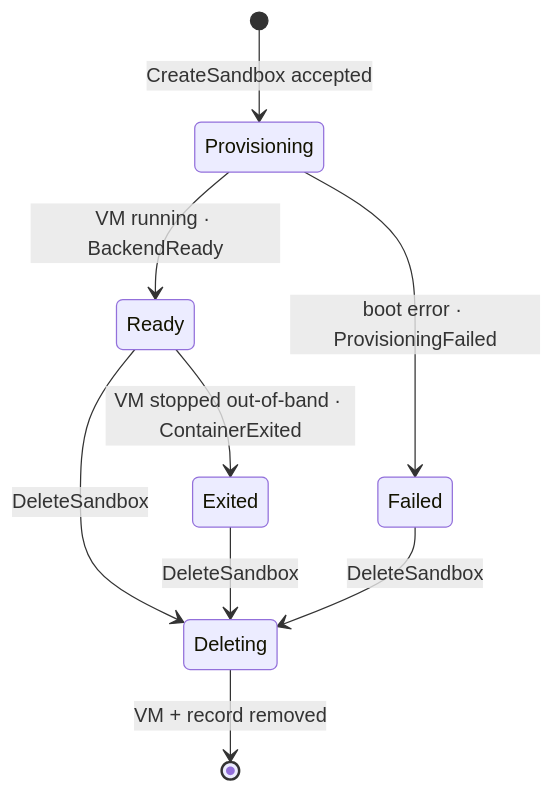
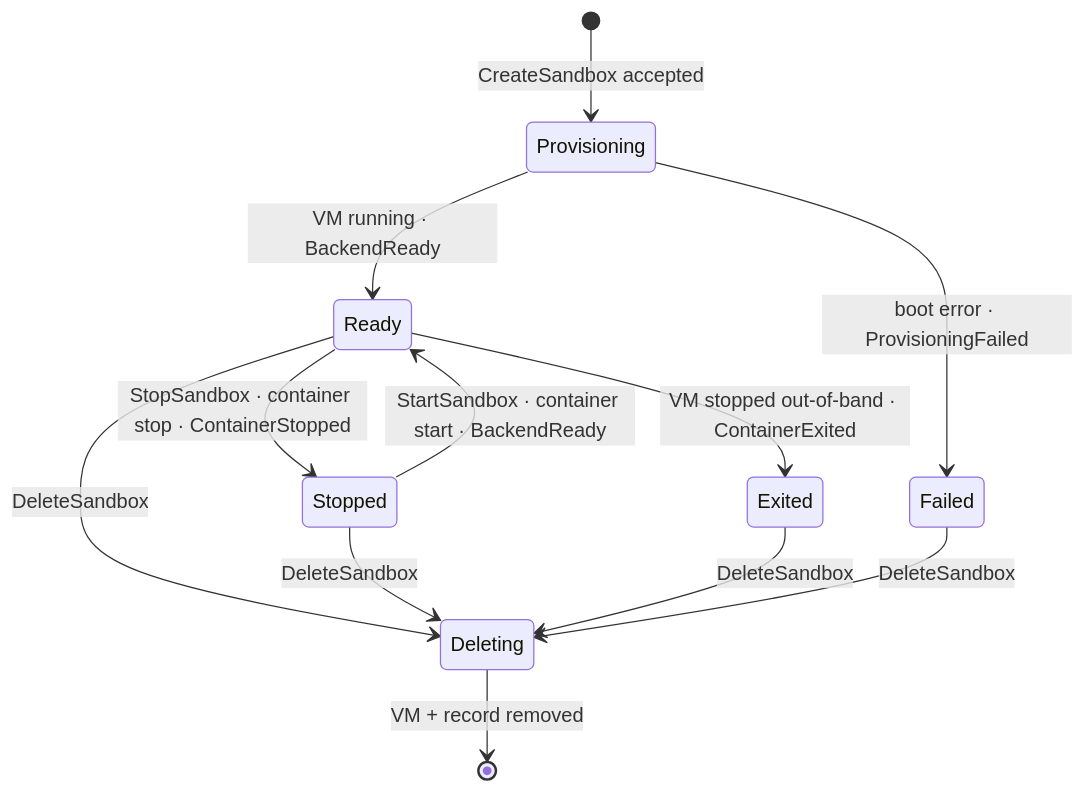
Before and after one commit to vyncint/openshell-driver-applecontainer: the third of 4 diagrams in docs/architecture.md, drawn with Mermaid. The commit also changed other lines of this file and 47 other files, not shown here.

````diff
--- a/docs/architecture.md
+++ b/docs/architecture.md
@@ -82,11 +82,14 @@
 ```mermaid
 stateDiagram-v2
   [*] --> Provisioning: CreateSandbox accepted
   Provisioning --> Ready: VM running · BackendReady
   Provisioning --> Failed: boot error · ProvisioningFailed
+  Ready --> Stopped: StopSandbox · container stop · ContainerStopped
+  Stopped --> Ready: StartSandbox · container start · BackendReady
   Ready --> Exited: VM stopped out-of-band · ContainerExited
   Ready --> Deleting: DeleteSandbox
+  Stopped --> Deleting: DeleteSandbox
   Exited --> Deleting: DeleteSandbox
   Failed --> Deleting: DeleteSandbox
   Deleting --> [*]: VM + record removed
 ```
````
